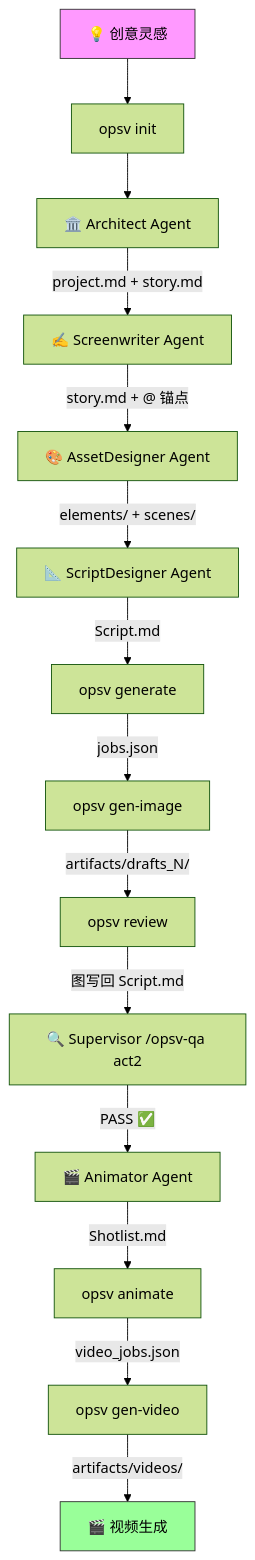
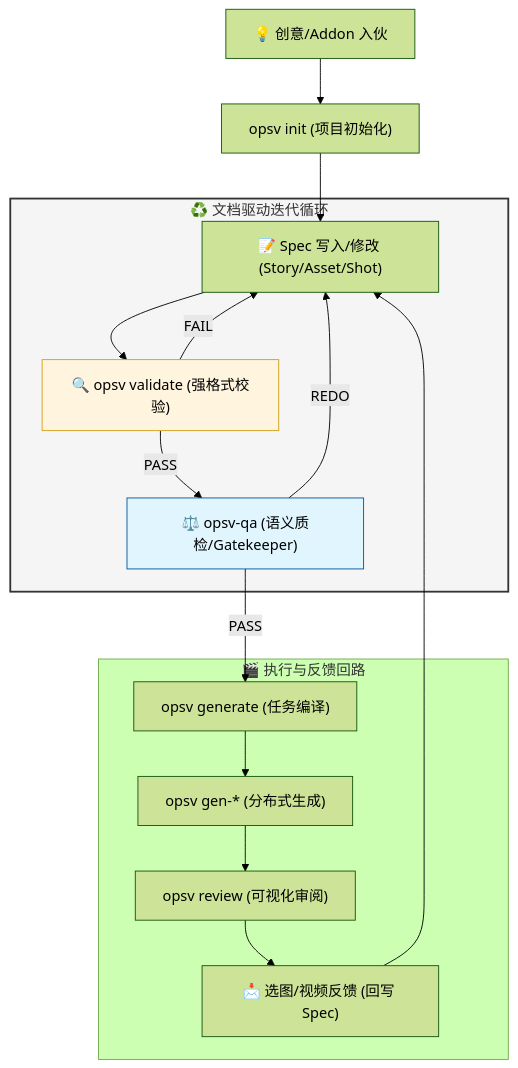
One commit to mr7thing/openspec-video changed the diagram in docs/cn/02-WORKFLOW.md. Above: the diagram before and after it, drawn with Mermaid (forest theme). The commit also changed other lines of this file and 19 other files, not shown here.

````diff
--- a/docs/cn/02-WORKFLOW.md
+++ b/docs/cn/02-WORKFLOW.md
@@ -9,19 +9,34 @@
 ```mermaid
 flowchart TD
-    START["💡 创意灵感"] --> INIT["opsv init"]
-    INIT --> ARCH["🏛️ Architect Agent"]
-    ARCH -->|"project.md + story.md"| WRITE["✍️ Screenwriter Agent"]
-    WRITE -->|"story.md + @ 锚点"| ASSET["🎨 AssetDesigner Agent"]
-    ASSET -->|"elements/ + scenes/"| SCRIPT["📐 ScriptDesigner Agent"]
-    SCRIPT -->|"Script.md"| GEN["opsv generate"]
-    GEN -->|"jobs.json"| EXEC["opsv gen-image"]
-    EXEC -->|"artifacts/drafts_N/"| REVIEW["opsv review"]
-    REVIEW -->|"图写回 Script.md"| QA2["🔍 Supervisor /opsv-qa act2"]
-    QA2 -->|"PASS ✅"| ANIM["🎬 Animator Agent"]
-    ANIM -->|"Shotlist.md"| COMPILE["opsv animate"]
-    COMPILE -->|"video_jobs.json"| VIDGEN["opsv gen-video"]
-    VIDGEN -->|"artifacts/videos/"| DONE["🎬 视频生成"]
+    START["💡 创意/Addon 入伙"] --> INIT["opsv init (项目初始化)"]
+    
+    subgraph Iteration["♻️ 文档驱动迭代循环"]
+        SPEC_ENTRY["📝 Spec 写入/修改 (Story/Asset/Shot)"]
+        VALIDATE["🔍 opsv validate (强格式校验)"]
+        QA["⚖️ opsv-qa (语义质检/Gatekeeper)"]
+        
+        SPEC_ENTRY --> VALIDATE
+        VALIDATE -->|FAIL| SPEC_ENTRY
+        VALIDATE -->|PASS| QA
+        QA -->|REDO| SPEC_ENTRY
+    end
 
-    style START fill:#f9f,stroke:#333
-    style DONE fill:#9f9,stroke:#333
+    INIT --> SPEC_ENTRY
+    
+    subgraph Execution["🎬 执行与反馈回路"]
+        GEN["opsv generate (任务编译)"]
+        RENDER["opsv gen-* (分布式生成)"]
+        REVIEW["opsv review (可视化审阅)"]
+        FEEDBACK["📩 选图/视频反馈 (回写 Spec)"]
+    end
+
+    QA -->|PASS| GEN
+    GEN --> RENDER
+    RENDER --> REVIEW
+    REVIEW --> FEEDBACK
+    FEEDBACK --> SPEC_ENTRY
+
+    style Iteration fill:#f5f5f5,stroke:#333,stroke-width:2px
+    style VALIDATE fill:#fff4dd,stroke:#d4a017
+    style QA fill:#e1f5fe,stroke:#01579b
 ```
````
